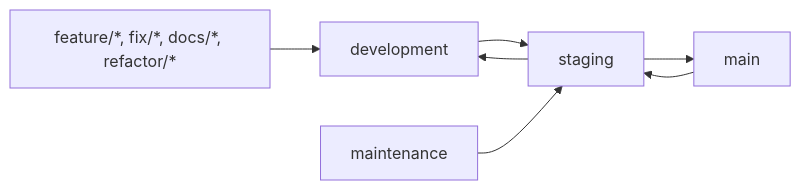
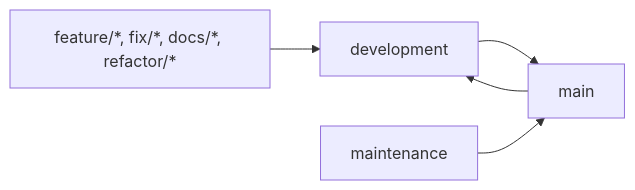
The diagram in CONTRIBUTING.md (gohugo-ananke/theme), drawn with Mermaid before and after one commit. The commit also changed other lines of this file and 6 other files, not shown here.

````diff
--- a/CONTRIBUTING.md
+++ b/CONTRIBUTING.md
@@ -73,9 +73,7 @@
 ```mermaid
 flowchart LR
  feature["feature/*, fix/*, docs/*, refactor/*"] --> development
- development --> staging
- maintenance --> staging
- staging --> main
- main --> staging
- staging --> development
+ development --> main
+ maintenance --> main
+ main --> development
 ```
````
